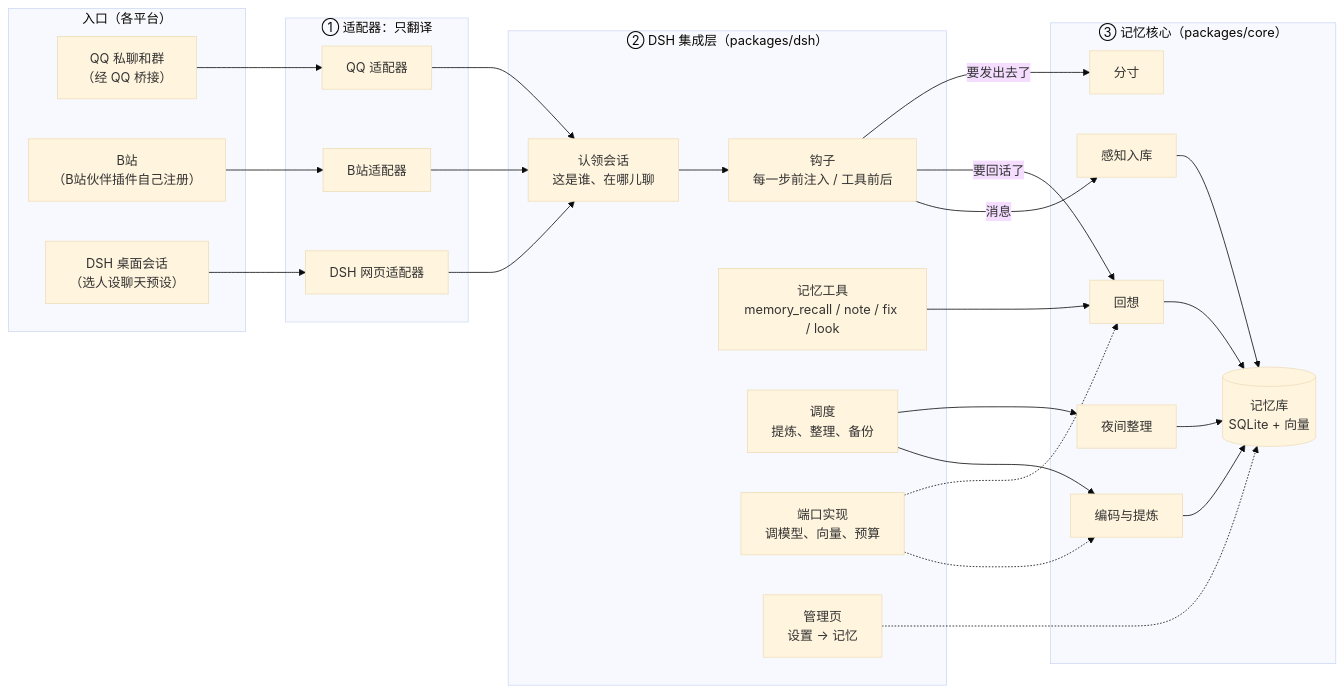
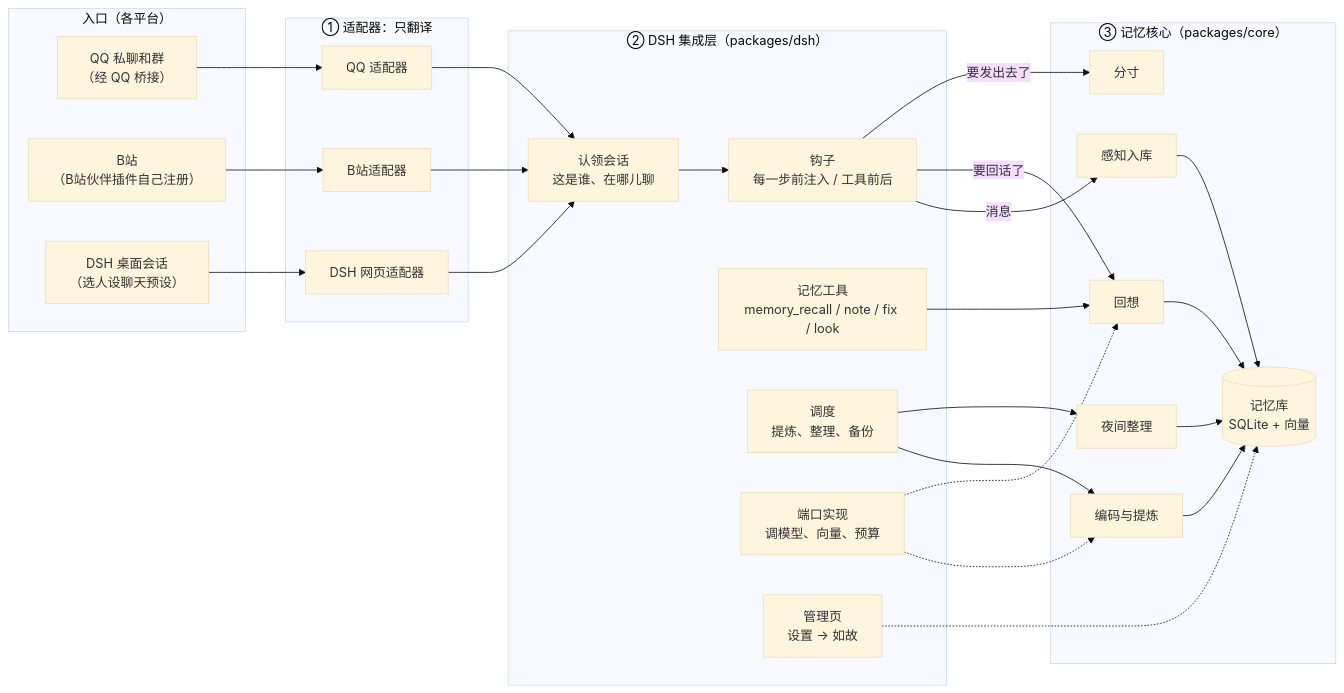
One commit to QiuYeDx/dsh-rugu changed the first of 11 diagrams in docs/图解.md. Above: the diagram before and after it, drawn with Mermaid (base theme). The commit also changed other lines of this file and 35 other files, not shown here.

First line of the commit message:
「故」字图标和新横幅；DSH 里的入口叫「如故」；插件的行 id 和管理页地址改成 rugu（D167）

````diff
--- a/docs/图解.md
+++ b/docs/图解.md
@@ -28,49 +28,49 @@
 ```mermaid
 flowchart LR
   subgraph EN["入口（各平台）"]
     QQ["QQ 私聊和群<br/>（经 QQ 桥接）"]
     BILI["B站<br/>（B站伙伴插件自己注册）"]
     DSHW["DSH 桌面会话<br/>（选人设聊天预设）"]
   end
   subgraph AD["① 适配器：只翻译"]
     QA["QQ 适配器"]
     BA["B站适配器"]
     WA["DSH 网页适配器"]
   end
   subgraph HOST["② DSH 集成层（packages/dsh）"]
     CLAIM["认领会话<br/>这是谁、在哪儿聊"]
     HOOK["钩子<br/>每一步前注入 / 工具前后"]
     TOOLS["记忆工具<br/>memory_recall / note / fix / look"]
     SCHED["调度<br/>提炼、整理、备份"]
     PORTS["端口实现<br/>调模型、向量、预算"]
-    ADMIN["管理页<br/>设置 → 记忆"]
+    ADMIN["管理页<br/>设置 → 如故"]
   end
   subgraph CORE["③ 记忆核心（packages/core）"]
     INTAKE["感知入库"]
     ENC["编码与提炼"]
     RET["回想"]
     DIS["分寸"]
     CON["夜间整理"]
     DB[("记忆库<br/>SQLite + 向量")]
   end
   QQ --> QA
   BILI --> BA
   DSHW --> WA
   QA --> CLAIM
   BA --> CLAIM
   WA --> CLAIM
   CLAIM --> HOOK
   HOOK -->|消息| INTAKE
   HOOK -->|要回话了| RET
   HOOK -->|要发出去了| DIS
   TOOLS --> RET
   SCHED --> ENC
   SCHED --> CON
   INTAKE --> DB
   ENC --> DB
   CON --> DB
   RET --> DB
   PORTS -.-> ENC
   PORTS -.-> RET
   ADMIN -.-> DB
 ```
````
